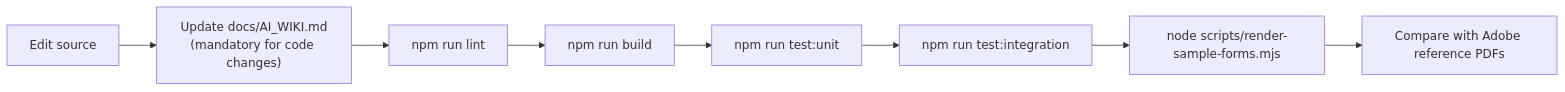
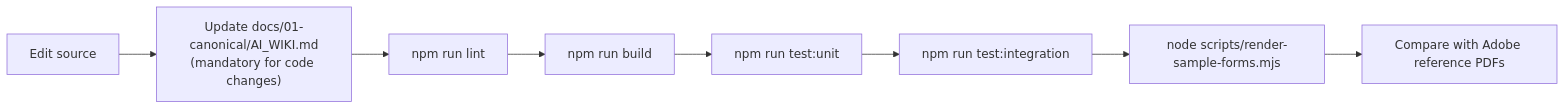
Before and after one commit to SanjayBabuSP/xdp-pdf-renderer: the seventh of 7 diagrams in README.md, drawn with Mermaid. The commit also changed other lines of this file and 289 other files, not shown here.

````diff
--- a/README.md
+++ b/README.md
@@ -394,10 +403,10 @@
 ```mermaid
 flowchart LR
-    A["Edit source"] --> B["Update docs/AI_WIKI.md<br/>(mandatory for code changes)"]
+    A["Edit source"] --> B["Update docs/01-canonical/AI_WIKI.md<br/>(mandatory for code changes)"]
     B --> C["npm run lint"]
     C --> D["npm run build"]
     D --> E["npm run test:unit"]
     E --> F["npm run test:integration"]
     F --> G["node scripts/render-sample-forms.mjs"]
     G --> H["Compare with Adobe reference PDFs"]
 ```
````
